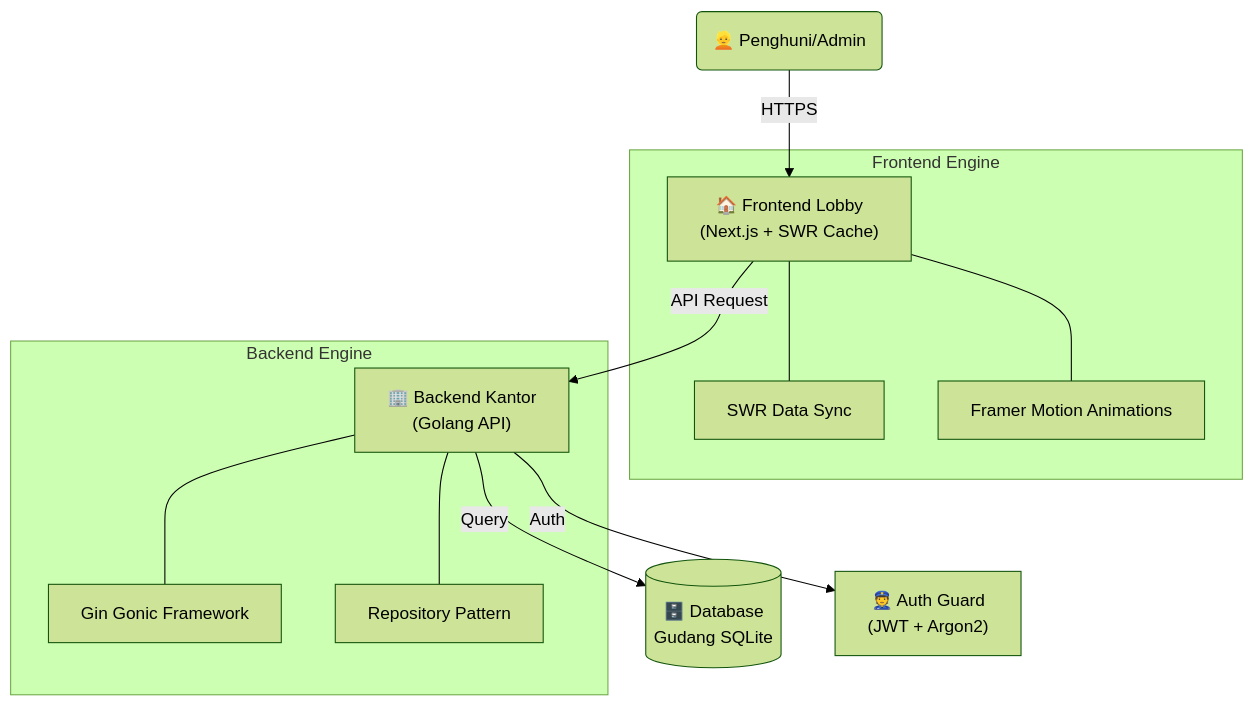
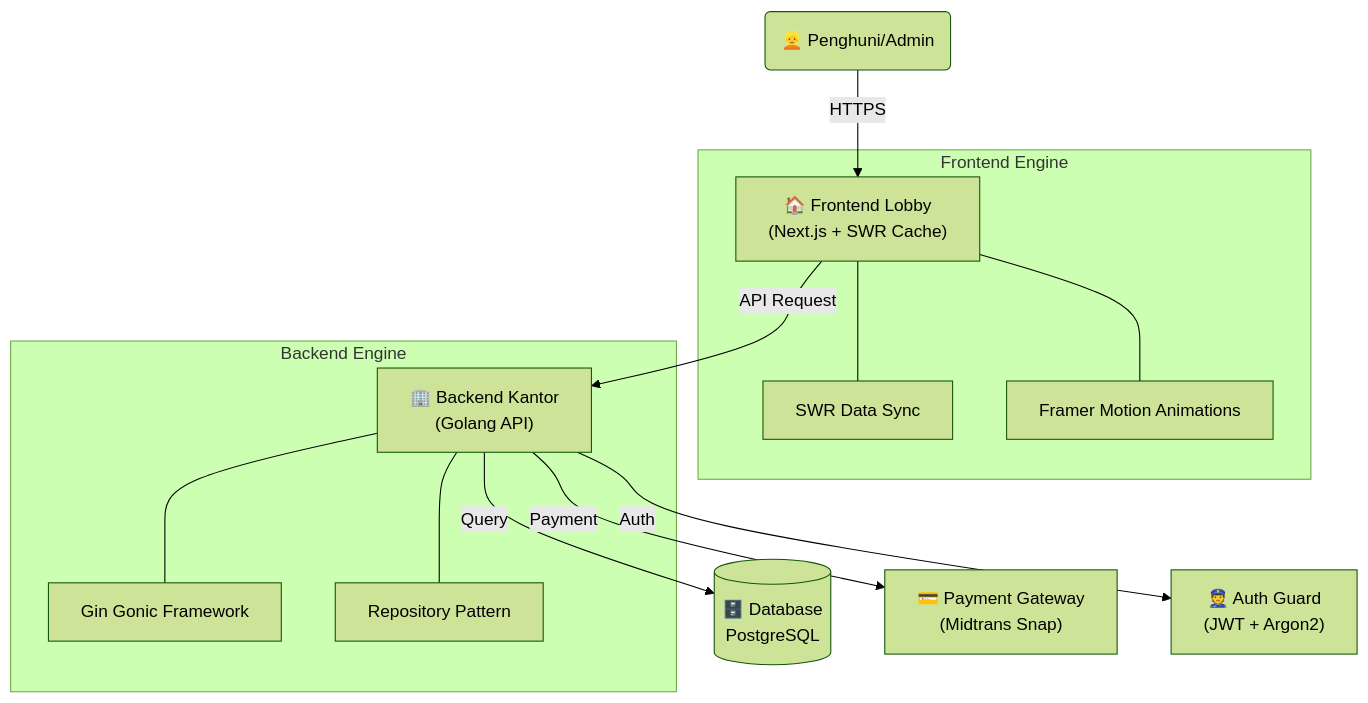
One commit to ArkanFzi/platfrom-kos changed the diagram in README.md. Above: the diagram before and after it, drawn with Mermaid (forest theme). The commit also changed other lines of this file, not shown here.

````diff
--- a/README.md
+++ b/README.md
@@ -21,17 +21,18 @@
 ```mermaid
 graph TD
     User("👱 Penghuni/Admin") -->|HTTPS| FE["🏠 Frontend Lobby<br>(Next.js + SWR Cache)"]
     FE -->|API Request| BE["🏢 Backend Kantor<br>(Golang API)"]
-    BE -->|Query| DB[("🗄️ Database<br>Gudang SQLite")]
+    BE -->|Query| DB[("🗄️ Database<br>PostgreSQL")]
+    BE -->|Payment| Midtrans["💳 Payment Gateway<br>(Midtrans Snap)"]
     BE -->|Auth| Satpam["👮 Auth Guard<br>(JWT + Argon2)"]
-
+    
     subgraph "Frontend Engine"
     FE --- SWR[SWR Data Sync]
     FE --- Framer[Framer Motion Animations]
     end
 
     subgraph "Backend Engine"
     BE --- Gin[Gin Gonic Framework]
     BE --- Repo[Repository Pattern]
     end
 ```
````
